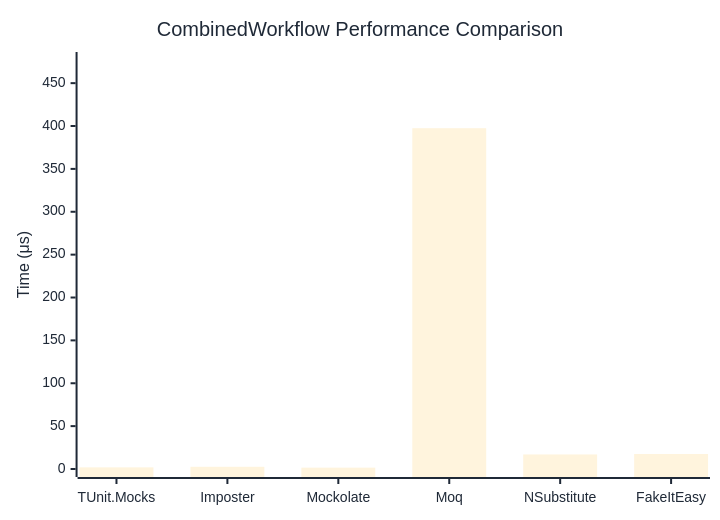
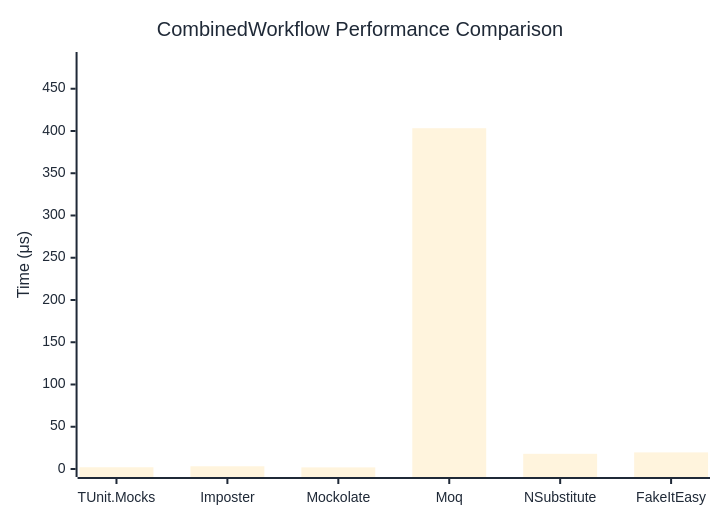
Before and after one commit to thomhurst/TUnit: the diagram in docs/docs/benchmarks/mocks/CombinedWorkflow.md, drawn with Mermaid. The commit also changed other lines of this file and 14 other files, not shown here.

````diff
--- a/docs/docs/benchmarks/mocks/CombinedWorkflow.md
+++ b/docs/docs/benchmarks/mocks/CombinedWorkflow.md
@@ -30,27 +30,27 @@
 ```mermaid
 %%{init: {
   'theme':'base',
   'themeVariables': {
     'primaryColor': '#2563eb',
     'primaryTextColor': '#1f2937',
     'primaryBorderColor': '#1e40af',
     'lineColor': '#6b7280',
     'secondaryColor': '#7c3aed',
     'tertiaryColor': '#dc2626',
     'background': '#ffffff',
     'pie1': '#2563eb',
     'pie2': '#7c3aed',
     'pie3': '#dc2626',
     'pie4': '#f59e0b',
     'pie5': '#10b981',
     'pie6': '#06b6d4',
     'pie7': '#ec4899',
     'pie8': '#6366f1'
   }
 }}%%
 xychart-beta
   title "CombinedWorkflow Performance Comparison"
   x-axis ["TUnit.Mocks", "Imposter", "Mockolate", "Moq", "NSubstitute", "FakeItEasy"]
-  y-axis "Time (μs)" 0 --> 477
-  bar [1.901, 2.563, 1.577, 397.459, 16.983, 17.501]
+  y-axis "Time (μs)" 0 --> 484
+  bar [2.061, 3.242, 1.898, 403.28, 17.953, 19.659]
 ```
````
